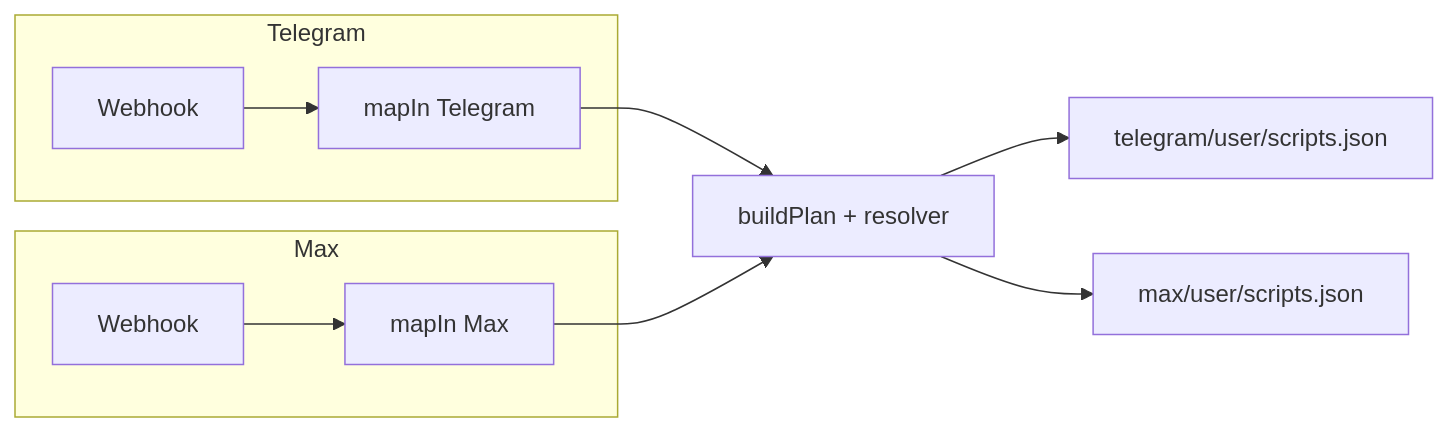
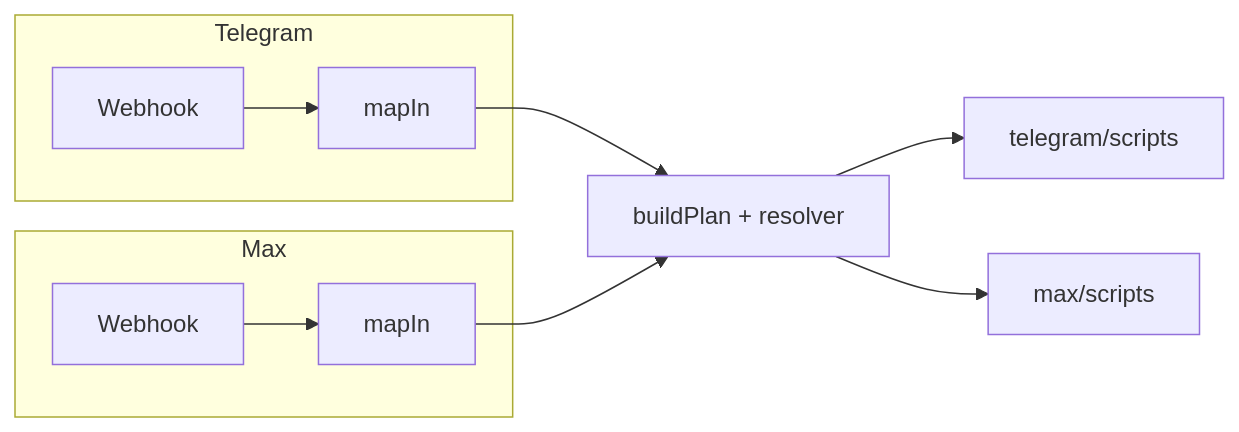
Before and after one commit to Dimmdao2/BersonCareBot: the diagram in docs/REPORTS/TELEGRAM_VS_MAX_SCENARIOS_2026-04-13.md, drawn with Mermaid. The commit also changed other lines of this file and 37 other files, not shown here.

First line of the commit message:
integrator: shared messenger /start parsing, channelUsers fail-open, MAX/TG scripts

````diff
--- a/docs/REPORTS/TELEGRAM_VS_MAX_SCENARIOS_2026-04-13.md
+++ b/docs/REPORTS/TELEGRAM_VS_MAX_SCENARIOS_2026-04-13.md
@@ -22,18 +21,18 @@
 ```mermaid
 flowchart LR
   subgraph TG [Telegram]
     WH_TG[Webhook]
-    MAP_TG[mapIn Telegram]
+    MAP_TG[mapIn]
   end
   subgraph MX [Max]
     WH_MX[Webhook]
-    MAP_MX[mapIn Max]
+    MAP_MX[mapIn]
   end
   BP[buildPlan + resolver]
-  SCR_TG[telegram/user/scripts.json]
-  SCR_MX[max/user/scripts.json]
+  SCR_TG[telegram/scripts]
+  SCR_MX[max/scripts]
   WH_TG --> MAP_TG --> BP
   WH_MX --> MAP_MX --> BP
   BP --> SCR_TG
   BP --> SCR_MX
 ```
````
